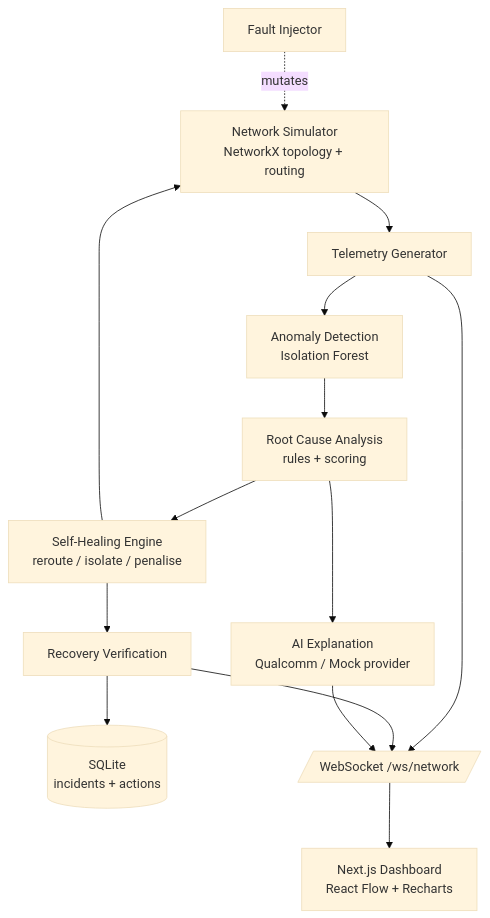
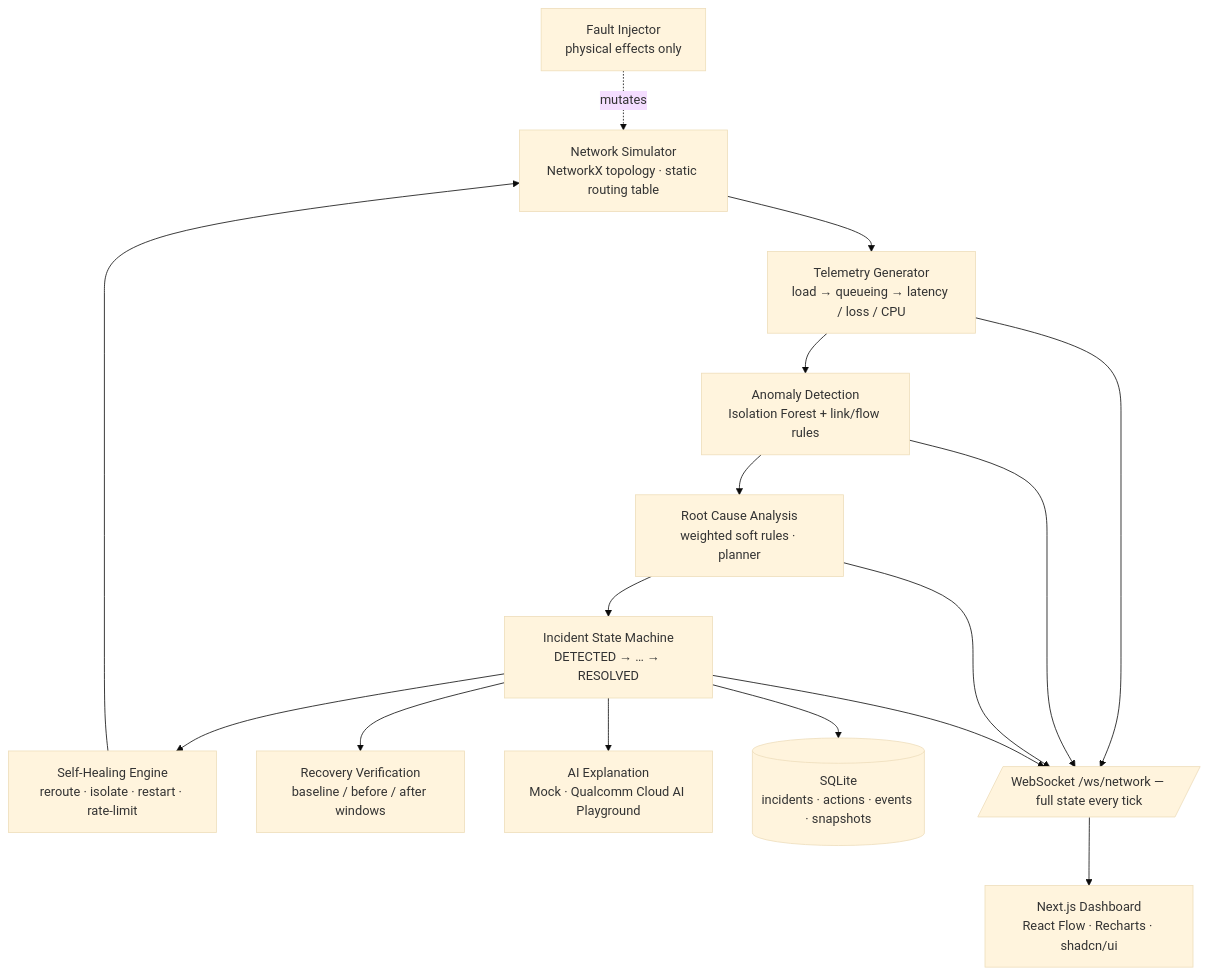
The diagram in README.md (Aarjav-333/netmedic-ai), drawn with Mermaid (base theme) before and after one commit. The commit also changed other lines of this file and 1 other file, not shown here.

Commit message:
docs: rewrite README with architecture, formulas, API table, screenshots and demo script

````diff
--- a/README.md
+++ b/README.md
@@ -60,16 +67,15 @@
 ```mermaid
 flowchart TD
-    SIM[Network Simulator<br/>NetworkX topology + routing] --> TEL[Telemetry Generator]
-    FI[Fault Injector] -. mutates .-> SIM
-    TEL --> DET[Anomaly Detection<br/>Isolation Forest]
-    DET --> RCA[Root Cause Analysis<br/>rules + scoring]
-    RCA --> AI[AI Explanation<br/>Qualcomm / Mock provider]
-    RCA --> HEAL[Self-Healing Engine<br/>reroute / isolate / penalise]
+    FI[Fault Injector<br/>physical effects only] -. mutates .-> SIM
+    SIM[Network Simulator<br/>NetworkX topology · static routing table] --> TEL[Telemetry Generator<br/>load → queueing → latency / loss / CPU]
+    TEL --> DET[Anomaly Detection<br/>Isolation Forest + link/flow rules]
+    DET --> RCA[Root Cause Analysis<br/>weighted soft rules · planner]
+    RCA --> IM[Incident State Machine<br/>DETECTED → … → RESOLVED]
+    IM --> HEAL[Self-Healing Engine<br/>reroute · isolate · restart · rate-limit]
     HEAL --> SIM
-    HEAL --> VER[Recovery Verification]
-    VER --> DB[(SQLite<br/>incidents + actions)]
-    TEL --> WS[/WebSocket /ws/network/]
-    VER --> WS
-    AI --> WS
-    WS --> UI[Next.js Dashboard<br/>React Flow + Recharts]
+    IM --> VER[Recovery Verification<br/>baseline / before / after windows]
+    IM --> AI[AI Explanation<br/>Mock · Qualcomm Cloud AI Playground]
+    IM --> DB[(SQLite<br/>incidents · actions · events · snapshots)]
+    TEL & DET & RCA & IM --> WS[/WebSocket /ws/network — full state every tick/]
+    WS --> UI[Next.js Dashboard<br/>React Flow · Recharts · shadcn/ui]
 ```
````
